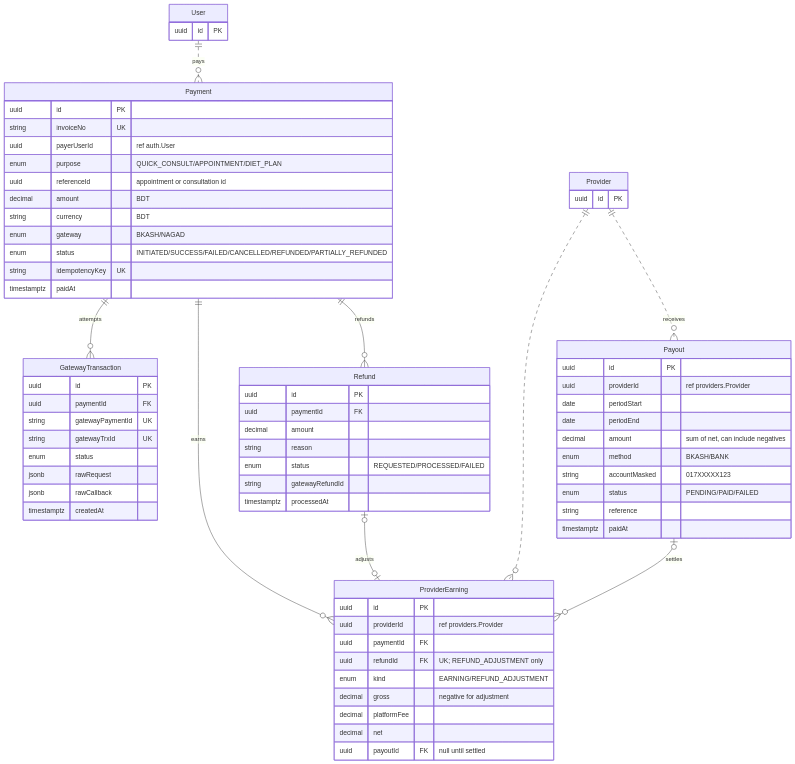
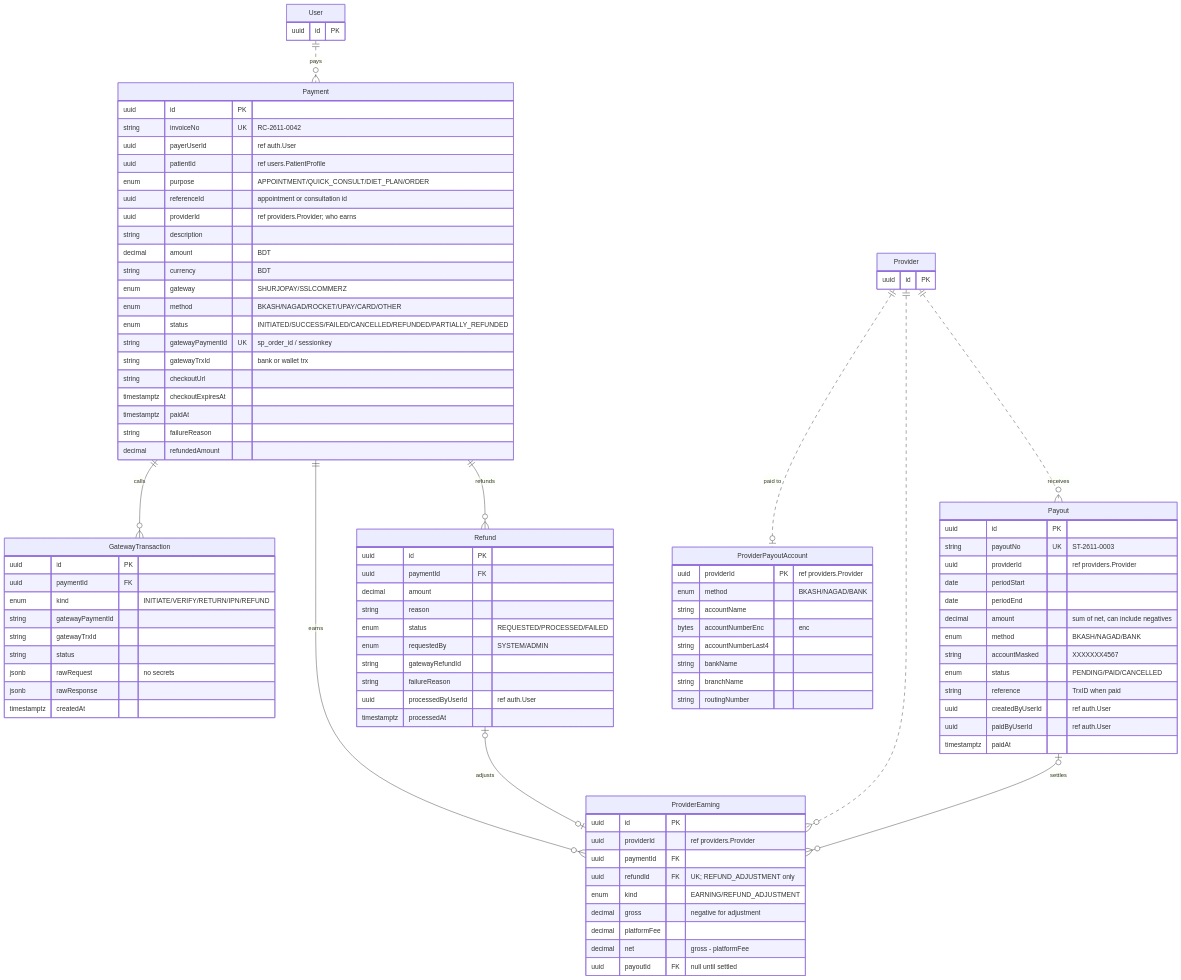
One commit to alamin00006/daily-health changed diagram 12 of 16 in erd.md. Above: the diagram before and after it, drawn with Mermaid. The commit also changed other lines of this file and 267 other files, not shown here.

````diff
--- a/erd.md
+++ b/erd.md
@@ -942,25 +1090,35 @@
 }
 Payment {
   uuid id PK
-  string invoiceNo UK
+  string invoiceNo UK "RC-2611-0042"
   uuid payerUserId "ref auth.User"
-  enum purpose "QUICK_CONSULT/APPOINTMENT/DIET_PLAN"
+  uuid patientId "ref users.PatientProfile"
+  enum purpose "APPOINTMENT/QUICK_CONSULT/DIET_PLAN/ORDER"
   uuid referenceId "appointment or consultation id"
+  uuid providerId "ref providers.Provider; who earns"
+  string description
   decimal amount "BDT"
   string currency "BDT"
-  enum gateway "BKASH/NAGAD"
+  enum gateway "SHURJOPAY/SSLCOMMERZ"
+  enum method "BKASH/NAGAD/ROCKET/UPAY/CARD/OTHER"
   enum status "INITIATED/SUCCESS/FAILED/CANCELLED/REFUNDED/PARTIALLY_REFUNDED"
-  string idempotencyKey UK
+  string gatewayPaymentId UK "sp_order_id / sessionkey"
+  string gatewayTrxId "bank or wallet trx"
+  string checkoutUrl
+  timestamptz checkoutExpiresAt
   timestamptz paidAt
+  string failureReason
+  decimal refundedAmount
 }
 GatewayTransaction {
   uuid id PK
   uuid paymentId FK
-  string gatewayPaymentId UK
-  string gatewayTrxId UK
-  enum status
-  jsonb rawRequest
-  jsonb rawCallback
+  enum kind "INITIATE/VERIFY/RETURN/IPN/REFUND"
+  string gatewayPaymentId
+  string gatewayTrxId
+  string status
+  jsonb rawRequest "no secrets"
+  jsonb rawResponse
   timestamptz createdAt
 }
 Refund {
@@ -969,7 +1127,10 @@
   decimal amount
   string reason
   enum status "REQUESTED/PROCESSED/FAILED"
+  enum requestedBy "SYSTEM/ADMIN"
   string gatewayRefundId
+  string failureReason
+  uuid processedByUserId "ref auth.User"
   timestamptz processedAt
 }
 ProviderEarning {
@@ -980,27 +1141,41 @@
   enum kind "EARNING/REFUND_ADJUSTMENT"
   decimal gross "negative for adjustment"
   decimal platformFee
-  decimal net
+  decimal net "gross - platformFee"
   uuid payoutId FK "null until settled"
 }
 Payout {
   uuid id PK
+  string payoutNo UK "ST-2611-0003"
   uuid providerId "ref providers.Provider"
   date periodStart
   date periodEnd
   decimal amount "sum of net, can include negatives"
-  enum method "BKASH/BANK"
-  string accountMasked "017XXXXX123"
-  enum status "PENDING/PAID/FAILED"
-  string reference
+  enum method "BKASH/NAGAD/BANK"
+  string accountMasked "XXXXXXX4567"
+  enum status "PENDING/PAID/CANCELLED"
+  string reference "TrxID when paid"
+  uuid createdByUserId "ref auth.User"
+  uuid paidByUserId "ref auth.User"
   timestamptz paidAt
 }
+ProviderPayoutAccount {
+  uuid providerId PK "ref providers.Provider"
+  enum method "BKASH/NAGAD/BANK"
+  string accountName
+  bytes accountNumberEnc "enc"
+  string accountNumberLast4
+  string bankName
+  string branchName
+  string routingNumber
+}
 User ||..o{ Payment : "pays"
-Payment ||--o{ GatewayTransaction : "attempts"
+Payment ||--o{ GatewayTransaction : "calls"
 Payment ||--o{ Refund : "refunds"
 Payment ||--o{ ProviderEarning : "earns"
 Refund |o--o| ProviderEarning : "adjusts"
 Provider ||..o{ ProviderEarning : ""
 Provider ||..o{ Payout : "receives"
+Provider ||..o| ProviderPayoutAccount : "paid to"
 Payout |o--o{ ProviderEarning : "settles"
 ```
````
